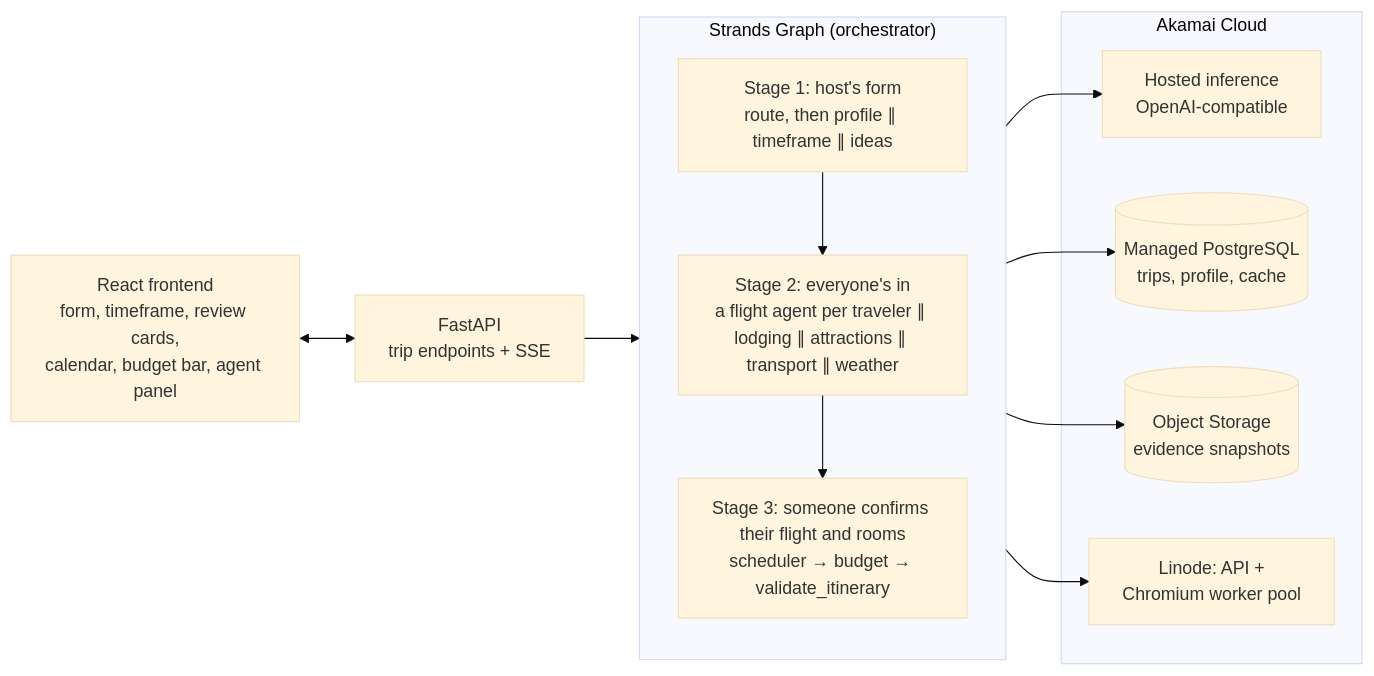
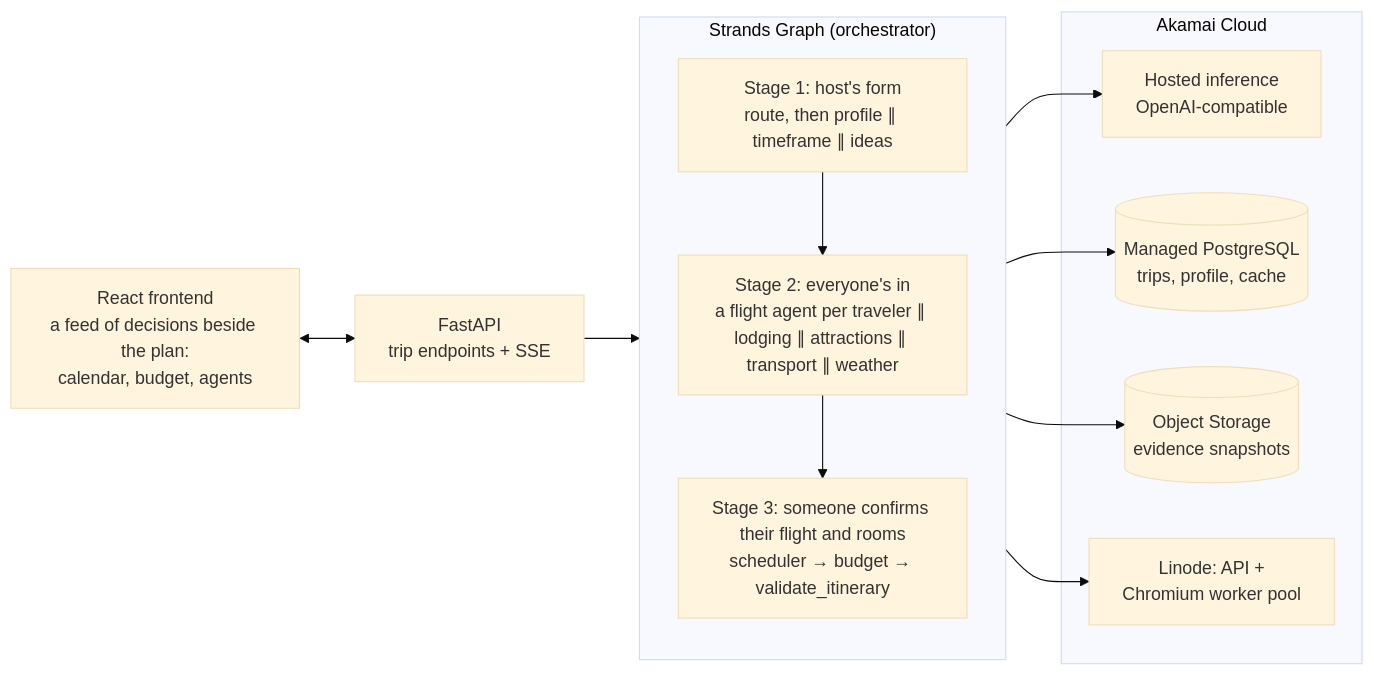
The diagram in README.md (slopenintercept/TravelProject), drawn with Mermaid (base theme) before and after one commit. The commit also changed other lines of this file and 2 other files, not shown here.

````diff
--- a/README.md
+++ b/README.md
@@ -12,23 +38,23 @@
 ```mermaid
 flowchart LR
-    UI["React frontend<br/>form, timeframe, review cards,<br/>calendar, budget bar, agent panel"]
+    UI["React frontend<br/>a feed of decisions beside the plan:<br/>calendar, budget, agents"]
     API["FastAPI<br/>trip endpoints + SSE"]
     subgraph Strands["Strands Graph (orchestrator)"]
         direction TB
         S1["Stage 1: host's form<br/>route, then profile ∥ timeframe ∥ ideas"]
         S2["Stage 2: everyone's in<br/>a flight agent per traveler ∥ lodging ∥ attractions ∥ transport ∥ weather"]
         S3["Stage 3: someone confirms their flight and rooms<br/>scheduler → budget → validate_itinerary"]
         S1 --> S2 --> S3
     end
     subgraph Akamai["Akamai Cloud"]
         LLM["Hosted inference<br/>OpenAI-compatible"]
         PG[("Managed PostgreSQL<br/>trips, profile, cache")]
         OBJ[("Object Storage<br/>evidence snapshots")]
         VM["Linode: API +<br/>Chromium worker pool"]
     end
     UI <--> API --> Strands
     Strands --> LLM
     Strands --> PG
     Strands --> OBJ
     Strands --> VM
 ```
````
